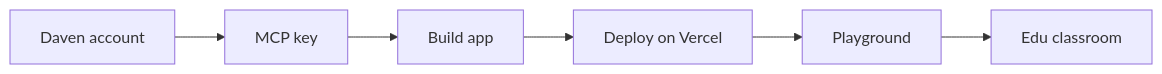
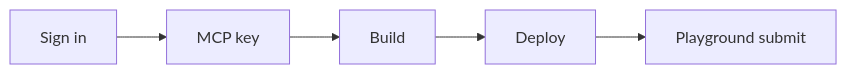
The diagram in en/edu/quickstart.mdx (daven-dev/docs), drawn with Mermaid before and after one commit. The commit also changed other lines of this file and 15 other files, not shown here.

First line of the commit message:
Simplify Edu Apps docs for developers and MCP reference.

````diff
--- a/en/edu/quickstart.mdx
+++ b/en/edu/quickstart.mdx
@@ -8,8 +8,7 @@
 ```mermaid
 flowchart LR
-  A[Daven account] --> B[MCP key]
-  B --> C[Build app]
-  C --> D[Deploy on Vercel]
-  D --> E[Playground]
-  E --> F[Edu classroom]
+  A[Sign in] --> B[MCP key]
+  B --> C[Build]
+  C --> D[Deploy]
+  D --> E[Playground submit]
 ```
````
